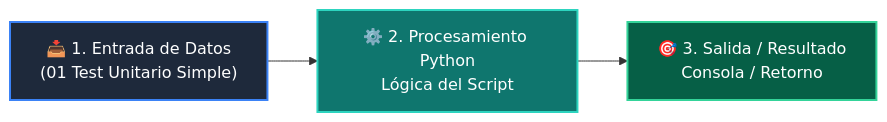
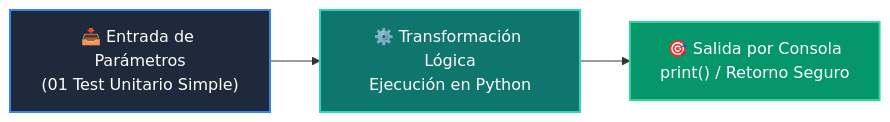
The diagram in 04-proyecto-final/clase-06-testing-y-calidad/ejemplos/ejemplo_01_test_unitario_simple/README.md (wisrovi/wisrovi-python), drawn with Mermaid before and after one commit. The commit also changed other lines of this file and 226 other files, not shown here.

Commit message:
docs: elevate all repository READMEs to world-class mastery standard with rich pedagogical architecture, custom Mermaids, and professional styling

````diff
--- a/04-proyecto-final/clase-06-testing-y-calidad/ejemplos/ejemplo_01_test_unitario_simple/README.md
+++ b/04-proyecto-final/clase-06-testing-y-calidad/ejemplos/ejemplo_01_test_unitario_simple/README.md
@@ -12,9 +19,9 @@
 ```mermaid
 flowchart LR
-    A["📥 1. Entrada de Datos<br/>(01 Test Unitario Simple)"] --> B["⚙️ 2. Procesamiento Python<br/>Lógica del Script"]
-    B --> C["🎯 3. Salida / Resultado<br/>Consola / Retorno"]
+    A["📥 Entrada de Parámetros<br/>(01 Test Unitario Simple)"] --> B["⚙️ Transformación Lógica<br/>Ejecución en Python"]
+    B --> C["🎯 Salida por Consola<br/>print() / Retorno Seguro"]
 
-    style A fill:#1e293b,color:#fff,stroke:#3b82f6,stroke-width:2px
-    style B fill:#0f766e,color:#fff,stroke:#2dd4bf,stroke-width:2px
-    style C fill:#065f46,color:#fff,stroke:#34d399,stroke-width:2px
+    style A fill:#1e293b,color:#ffffff,stroke:#3b82f6,stroke-width:2px
+    style B fill:#0f766e,color:#ffffff,stroke:#2dd4bf,stroke-width:2px
+    style C fill:#059669,color:#ffffff,stroke:#34d399,stroke-width:2px
 ```
````
